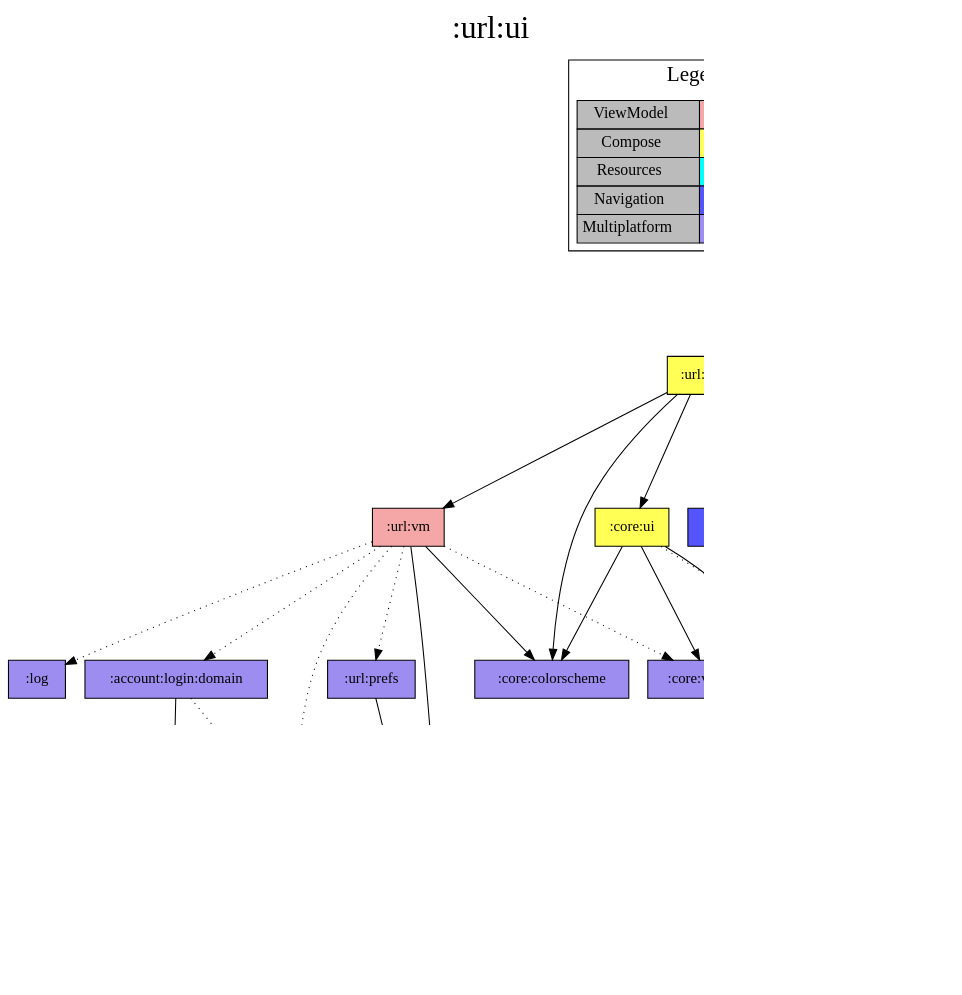
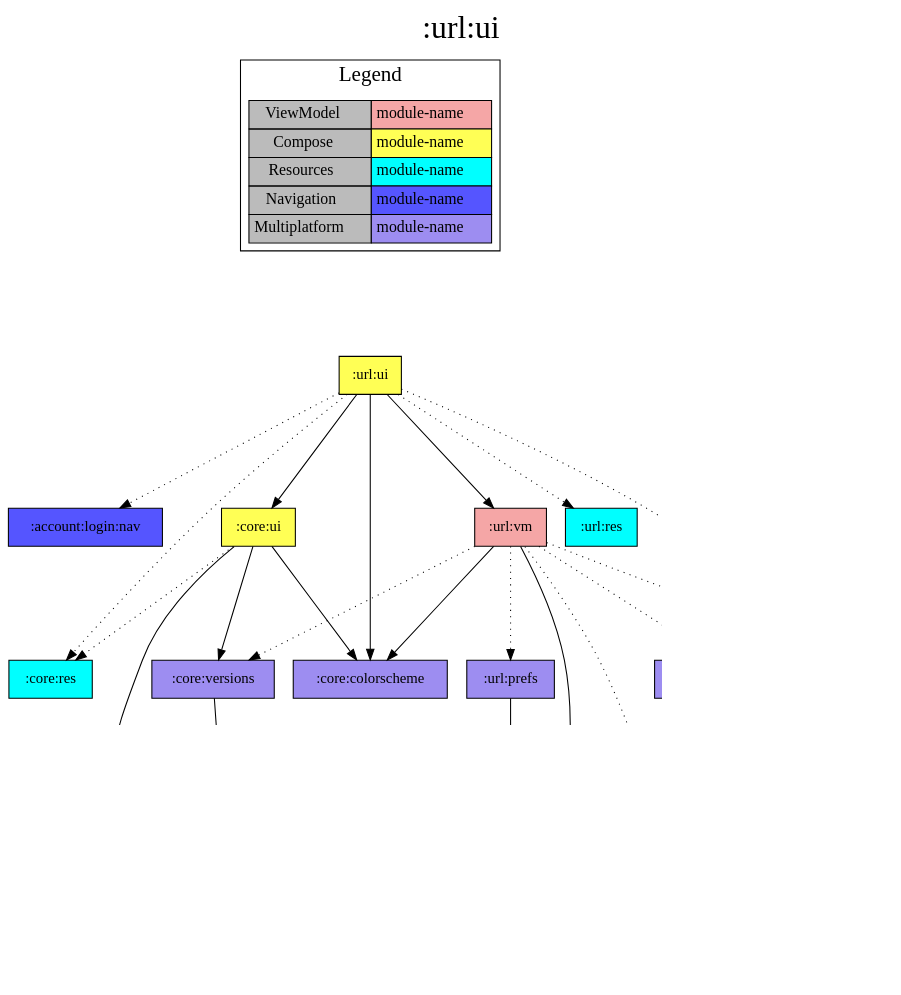
One commit to jonapoul/aktual changed the diagram in modules/url/ui/project-dependency-graph.dot. Above: the diagram before and after it, drawn with Graphviz. The commit also changed 195 other files, not shown here.

```diff
--- a/modules/url/ui/project-dependency-graph.dot
+++ b/modules/url/ui/project-dependency-graph.dot
@@ -1,62 +1,63 @@
 digraph {
 edge ["dir"="forward"]
 graph ["dpi"="100","label"=":url:ui","labelloc"="t","fontsize"="30","ranksep"="1.5","rankdir"="TB"]
 node ["style"="filled"]
 ":account:login:domain" ["fillcolor"="#9D8DF1","shape"="box"]
 ":account:login:nav" ["fillcolor"="#5555FF","shape"="box"]
 ":account:model" ["fillcolor"="#9D8DF1","shape"="box"]
 ":api:actual" ["fillcolor"="#9D8DF1","shape"="box"]
 ":budget:model" ["fillcolor"="#9D8DF1","shape"="box"]
 ":core:buildconfig" ["fillcolor"="#9D8DF1","shape"="box"]
 ":core:colorscheme" ["fillcolor"="#9D8DF1","shape"="box"]
 ":core:res" ["fillcolor"="#00FFFF","shape"="box"]
 ":core:ui" ["fillcolor"="#FFFF55","shape"="box"]
 ":core:versions" ["fillcolor"="#9D8DF1","shape"="box"]
 ":log" ["fillcolor"="#9D8DF1","shape"="box"]
 ":url:model" ["fillcolor"="#9D8DF1","shape"="box"]
 ":url:prefs" ["fillcolor"="#9D8DF1","shape"="box"]
 ":url:res" ["fillcolor"="#00FFFF","shape"="box"]
 ":url:ui" ["fillcolor"="#FFFF55","shape"="box"]
 ":url:vm" ["fillcolor"="#F5A6A6","shape"="box"]
 {
 edge ["dir"="none"]
 graph ["rank"="same"]
 }
 ":account:login:domain" -> ":account:model"
 ":account:login:domain" -> ":api:actual" ["style"="dotted"]
 ":api:actual" -> ":account:model"
 ":api:actual" -> ":budget:model"
 ":api:actual" -> ":url:model"
 ":core:ui" -> ":core:colorscheme"
 ":core:ui" -> ":core:res" ["style"="dotted"]
 ":core:ui" -> ":core:versions"
 ":core:ui" -> ":url:model"
 ":core:versions" -> ":core:buildconfig"
 ":url:prefs" -> ":url:model"
 ":url:ui" -> ":account:login:nav" ["style"="dotted"]
 ":url:ui" -> ":core:colorscheme"
 ":url:ui" -> ":core:res" ["style"="dotted"]
 ":url:ui" -> ":core:ui"
+":url:ui" -> ":log" ["style"="dotted"]
 ":url:ui" -> ":url:res" ["style"="dotted"]
 ":url:ui" -> ":url:vm"
 ":url:vm" -> ":account:login:domain" ["style"="dotted"]
 ":url:vm" -> ":api:actual" ["style"="dotted"]
 ":url:vm" -> ":core:colorscheme"
 ":url:vm" -> ":core:versions" ["style"="dotted"]
 ":url:vm" -> ":log" ["style"="dotted"]
 ":url:vm" -> ":url:model"
 ":url:vm" -> ":url:prefs" ["style"="dotted"]
 subgraph "cluster_legend" {
 edge ["dir"="none"]
 graph ["label"="Legend","fontsize"="20"]
 "Legend" ["style"="filled","fillcolor"="#bbbbbb","shape"="none","margin"="0","fontsize"="15","label"=<
 <TABLE BORDER="0" CELLBORDER="1" CELLSPACING="0" CELLPADDING="4">
 <TR><TD>ViewModel</TD><TD BGCOLOR="#F5A6A6">module-name</TD></TR>
 <TR><TD>Compose</TD><TD BGCOLOR="#FFFF55">module-name</TD></TR>
 <TR><TD>Resources</TD><TD BGCOLOR="#00FFFF">module-name</TD></TR>
 <TR><TD>Navigation</TD><TD BGCOLOR="#5555FF">module-name</TD></TR>
 <TR><TD>Multiplatform</TD><TD BGCOLOR="#9D8DF1">module-name</TD></TR>
 </TABLE>
 >]
 } -> ":url:ui" ["style"="invis"]
 }
```
